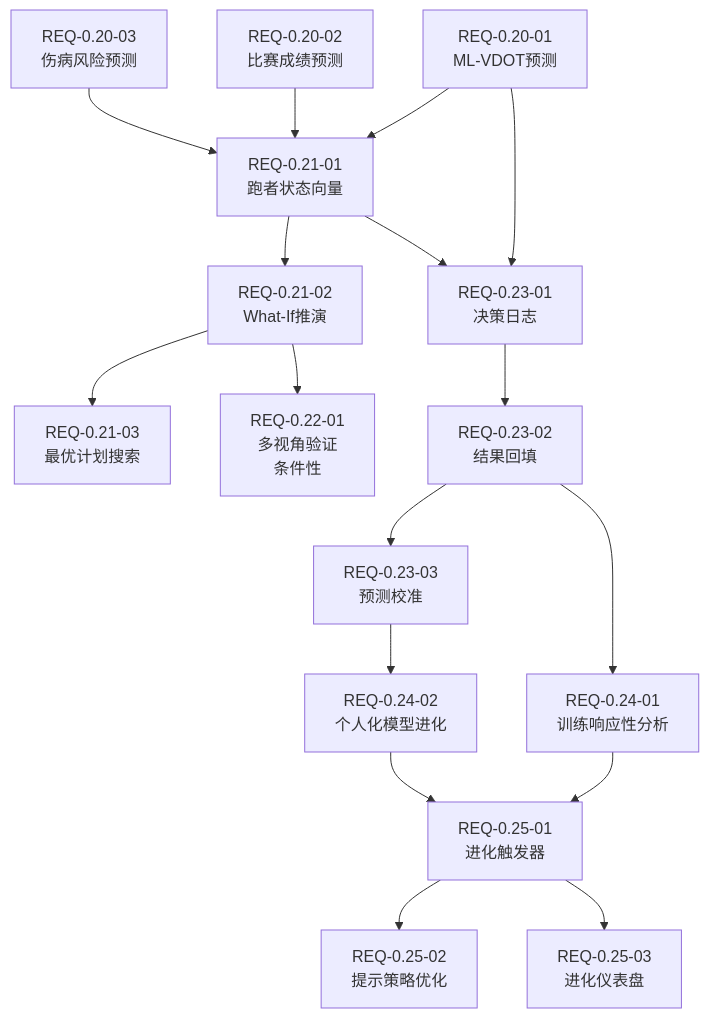
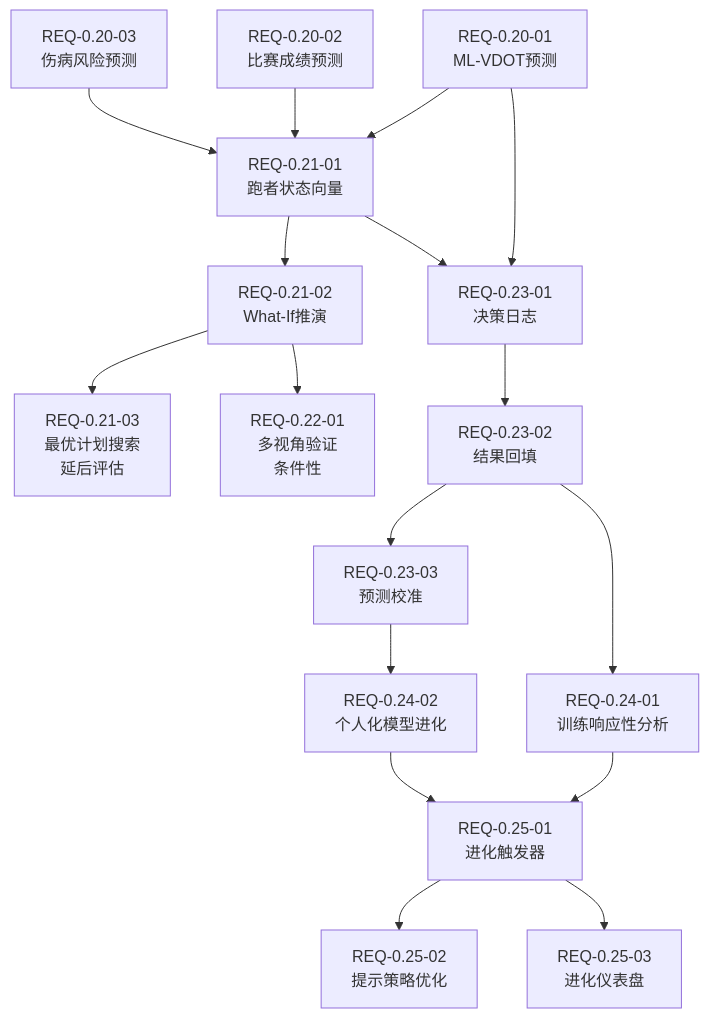
One commit to yecllsl/nanobot-runner changed the third of 4 diagrams in docs/requirements/REQ_需求规格说明书.md. Above: the diagram before and after it, drawn with Mermaid. The commit also changed other lines of this file and 5 other files, not shown here.

````diff
--- a/docs/requirements/REQ_需求规格说明书.md
+++ b/docs/requirements/REQ_需求规格说明书.md
@@ -1205,19 +1396,19 @@
 ```mermaid
 graph TD
     REQ02001[REQ-0.20-01<br/>ML-VDOT预测] --> REQ02101[REQ-0.21-01<br/>跑者状态向量]
     REQ02002[REQ-0.20-02<br/>比赛成绩预测] --> REQ02101
     REQ02003[REQ-0.20-03<br/>伤病风险预测] --> REQ02101
     REQ02101 --> REQ02102[REQ-0.21-02<br/>What-If推演]
-    REQ02102 --> REQ02103[REQ-0.21-03<br/>最优计划搜索]
+    REQ02102 --> REQ02103[REQ-0.21-03<br/>最优计划搜索<br/>延后评估]
     REQ02102 --> REQ02201[REQ-0.22-01<br/>多视角验证<br/>条件性]
     REQ02001 --> REQ02301[REQ-0.23-01<br/>决策日志]
     REQ02101 --> REQ02301
     REQ02301 --> REQ02302[REQ-0.23-02<br/>结果回填]
     REQ02302 --> REQ02303[REQ-0.23-03<br/>预测校准]
     REQ02302 --> REQ02401[REQ-0.24-01<br/>训练响应性分析]
     REQ02303 --> REQ02402[REQ-0.24-02<br/>个人化模型进化]
     REQ02401 --> REQ02501[REQ-0.25-01<br/>进化触发器]
     REQ02402 --> REQ02501
     REQ02501 --> REQ02502[REQ-0.25-02<br/>提示策略优化]
     REQ02501 --> REQ02503[REQ-0.25-03<br/>进化仪表盘]
 ```
````
